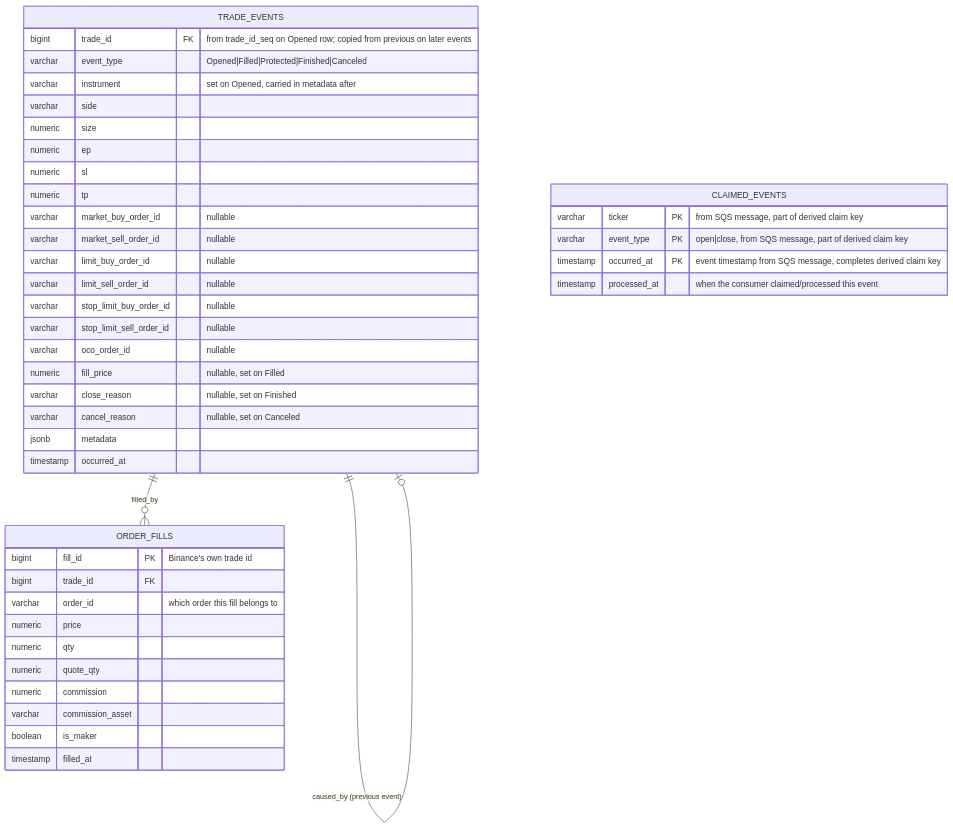
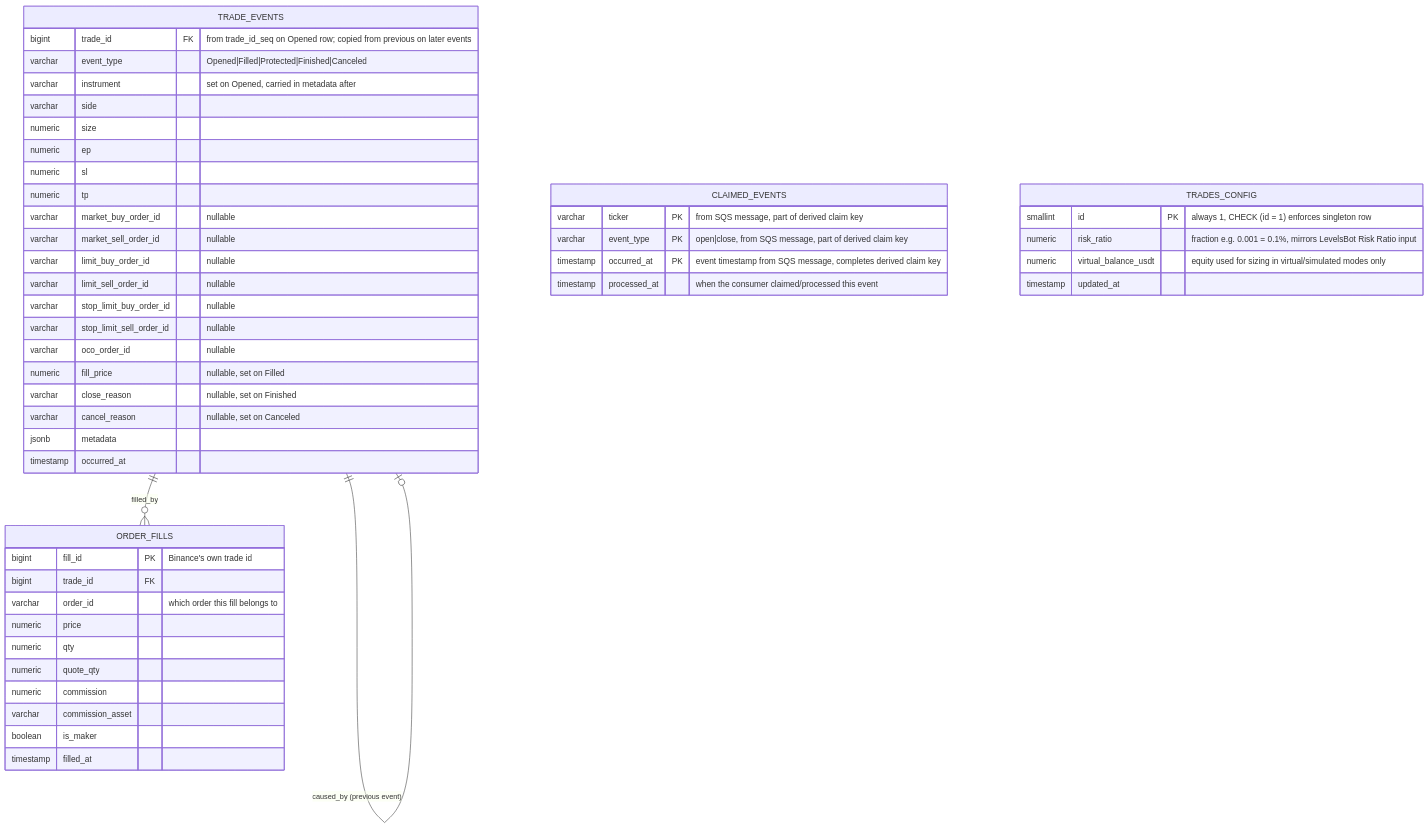
Before and after one commit to Andy11011/EDGEngine: the diagram in Arch/EdgeTrader/TradesEventSourcingER.md, drawn with Mermaid. The commit also changed 7 other files, not shown here.

````diff
--- a/Arch/EdgeTrader/TradesEventSourcingER.md
+++ b/Arch/EdgeTrader/TradesEventSourcingER.md
@@ -1,49 +1,56 @@
 ```mermaid
 erDiagram
     TRADE_EVENTS ||--o| TRADE_EVENTS : "caused_by (previous event)"
 
     TRADE_EVENTS {
         bigint trade_id FK "from trade_id_seq on Opened row; copied from previous on later events"
         varchar event_type "Opened|Filled|Protected|Finished|Canceled"
         varchar instrument "set on Opened, carried in metadata after"
         varchar side
         numeric size
         numeric ep
         numeric sl
         numeric tp
         varchar market_buy_order_id "nullable"
         varchar market_sell_order_id "nullable"
         varchar limit_buy_order_id "nullable"
         varchar limit_sell_order_id "nullable"
         varchar stop_limit_buy_order_id "nullable"
         varchar stop_limit_sell_order_id "nullable"
         varchar oco_order_id "nullable"
         numeric fill_price "nullable, set on Filled"
         varchar close_reason "nullable, set on Finished"
         varchar cancel_reason "nullable, set on Canceled"
         jsonb metadata
         timestamp occurred_at
     }
 
     TRADE_EVENTS ||--o{ ORDER_FILLS : "filled_by"
 
     ORDER_FILLS {
         bigint fill_id PK "Binance's own trade id"
         bigint trade_id FK
         varchar order_id "which order this fill belongs to"
         numeric price
         numeric qty
         numeric quote_qty
         numeric commission
         varchar commission_asset
         boolean is_maker
         timestamp filled_at
     }
 
     CLAIMED_EVENTS {
         varchar ticker PK "from SQS message, part of derived claim key"
         varchar event_type PK "open|close, from SQS message, part of derived claim key"
         timestamp occurred_at PK "event timestamp from SQS message, completes derived claim key"
         timestamp processed_at "when the consumer claimed/processed this event"
     }
+
+    TRADES_CONFIG {
+        smallint id PK "always 1, CHECK (id = 1) enforces singleton row"
+        numeric risk_ratio "fraction e.g. 0.001 = 0.1%, mirrors LevelsBot Risk Ratio input"
+        numeric virtual_balance_usdt "equity used for sizing in virtual/simulated modes only"
+        timestamp updated_at
+    }
 ```
````
